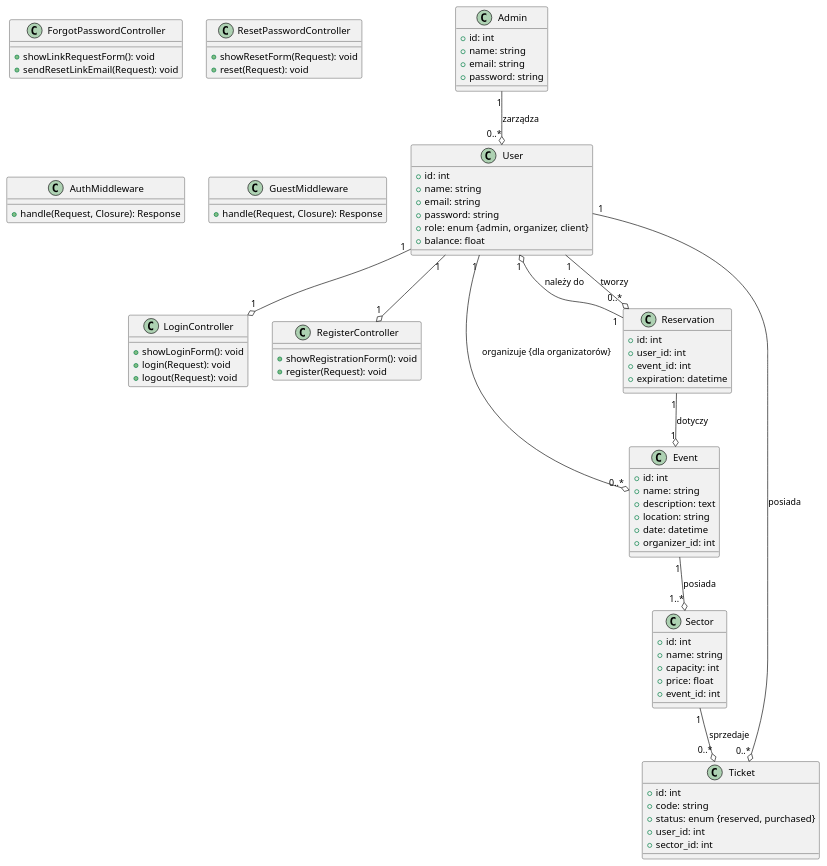
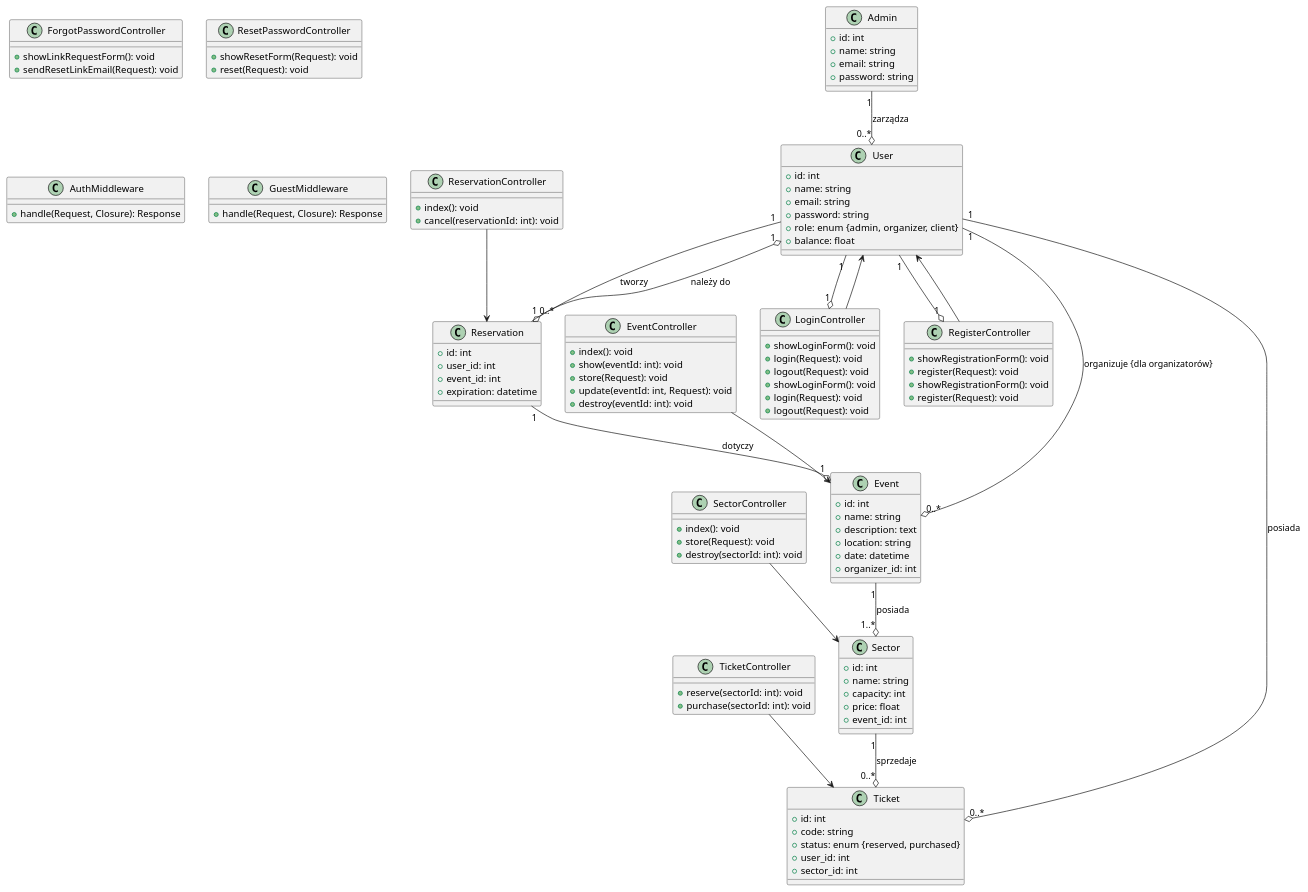
Before and after one commit to Tkapcer/SystemSprzedazyBiletow: the diagram in Diagram.puml, drawn with PlantUML. The commit also changed 1 other file, not shown here.

Commit message:
rozbudowanie diagramu klas

```diff
--- a/Diagram.puml
+++ b/Diagram.puml
@@ -1,99 +1,144 @@
 @startuml
 ' Definicja klas
 
 class User {
     + id: int
     + name: string
     + email: string
     + password: string
     + role: enum {admin, organizer, client}
     + balance: float
 }
 
 ' Kontrolery uwierzytelniania tego chyba by można nie dawać
 class LoginController {
     + showLoginForm(): void
     + login(Request): void
     + logout(Request): void
 }
 
 class RegisterController {
     + showRegistrationForm(): void
     + register(Request): void
 }
 
 class ForgotPasswordController {
     + showLinkRequestForm(): void
     + sendResetLinkEmail(Request): void
 }
 
 class ResetPasswordController {
     + showResetForm(Request): void
     + reset(Request): void
 }
 
 ' Middleware
 class AuthMiddleware {
     + handle(Request, Closure): Response
 }
 
 class GuestMiddleware {
     + handle(Request, Closure): Response
 }
 
 ' Relacje
 User "1" --o "1" LoginController
 User "1" --o "1" RegisterController
 
 ' Do tąd, reszta z głównego systemu
 
 class Admin {
     + id: int
     + name: string
     + email: string
     + password: string
 }
 
 class Event {
     + id: int
     + name: string
     + description: text
     + location: string
     + date: datetime
     + organizer_id: int
 }
 
 class Sector {
     + id: int
     + name: string
     + capacity: int
     + price: float
     + event_id: int
 }
 
 class Ticket {
     + id: int
     + code: string
     + status: enum {reserved, purchased}
     + user_id: int
     + sector_id: int
 }
 
 class Reservation {
     + id: int
     + user_id: int
     + event_id: int
     + expiration: datetime
 }
 
 ' Relacje między klasami
 User "1" --o "0..*" Ticket : posiada
 User "1" --o "0..*" Reservation : tworzy
 User "1" --o "0..*" Event : organizuje {dla organizatorów}
 Event "1" --o "1..*" Sector : posiada
 Sector "1" --o "0..*" Ticket : sprzedaje
 Reservation "1" --o "1" User : należy do
 Reservation "1" --o "1" Event : dotyczy
 Admin "1" --o "0..*" User : zarządza
 
+' Kontrolery
+class LoginController {
+    + showLoginForm(): void
+    + login(Request): void
+    + logout(Request): void
+}
+
+class RegisterController {
+    + showRegistrationForm(): void
+    + register(Request): void
+}
+
+class EventController {
+    + index(): void
+    + show(eventId: int): void
+    + store(Request): void
+    + update(eventId: int, Request): void
+    + destroy(eventId: int): void
+}
+
+class SectorController {
+    + index(): void
+    + store(Request): void
+    + destroy(sectorId: int): void
+}
+
+class TicketController {
+    + reserve(sectorId: int): void
+    + purchase(sectorId: int): void
+}
+
+class ReservationController {
+    + index(): void
+    + cancel(reservationId: int): void
+}
+
+' Relacje między kontrolerami a modelami
+LoginController --> User
+RegisterController --> User
+EventController --> Event
+SectorController --> Sector
+TicketController --> Ticket
+ReservationController --> Reservation
+
+
 @enduml
```
